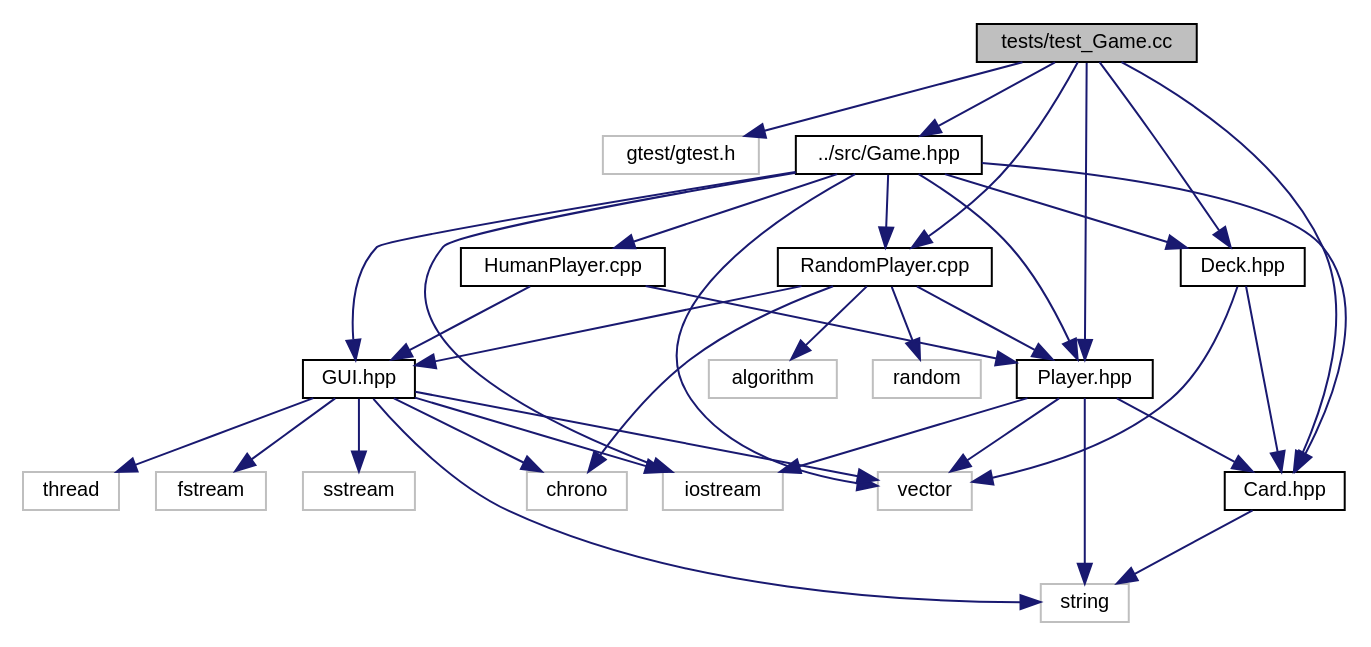
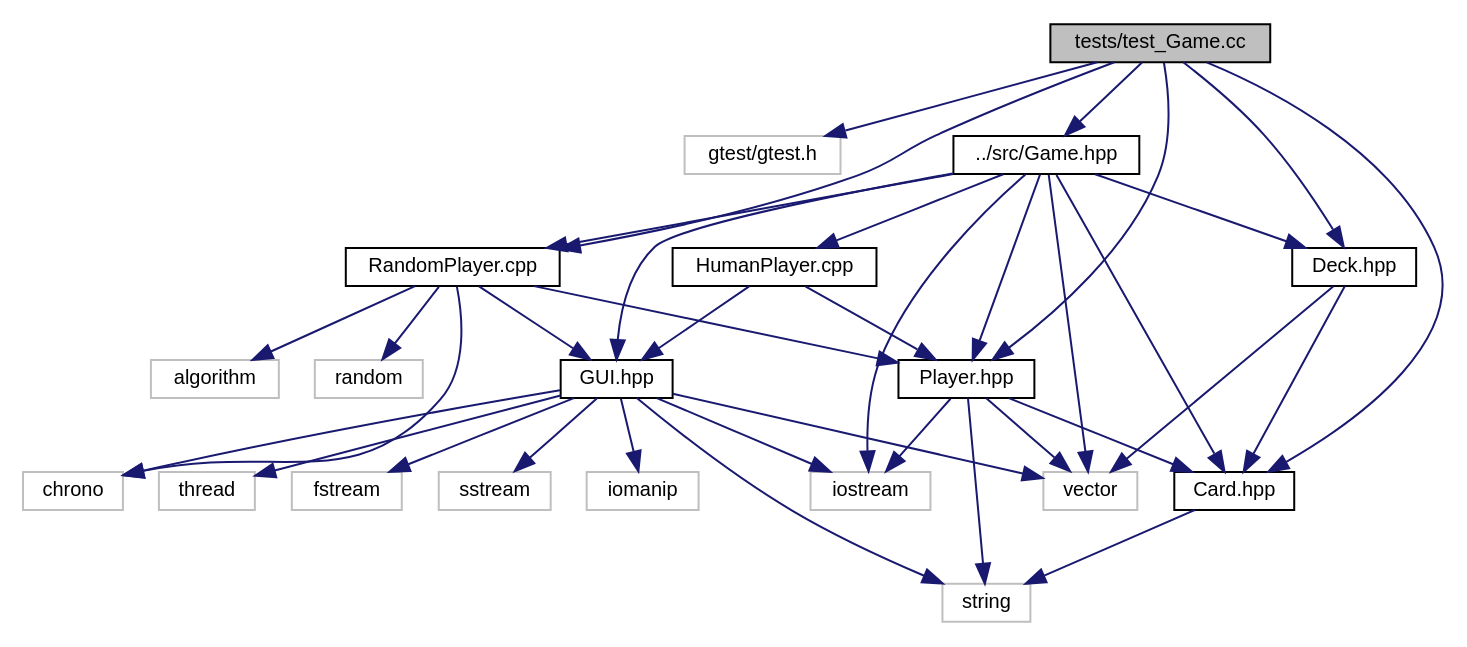
One commit to jesstyrrell/cosc345 changed the diagram in test___game_8cc__incl.dot. Above: the diagram before and after it, drawn with Graphviz. The commit also changed 221 other files, not shown here.

```diff
--- a/test___game_8cc__incl.dot
+++ b/test___game_8cc__incl.dot
@@ -1,60 +1,62 @@
 digraph "tests/test_Game.cc"
 {
  // INTERACTIVE_SVG=YES
  // LATEX_PDF_SIZE
   edge [fontname="Helvetica",fontsize="10",labelfontname="Helvetica",labelfontsize="10"];
   node [fontname="Helvetica",fontsize="10",shape=record];
   Node1 [label="tests/test_Game.cc",height=0.2,width=0.4,color="black", fillcolor="grey75", style="filled", fontcolor="black",tooltip=" "];
   Node1 -> Node2 [color="midnightblue",fontsize="10",style="solid",fontname="Helvetica"];
   Node2 [label="gtest/gtest.h",height=0.2,width=0.4,color="grey75", fillcolor="white", style="filled",tooltip=" "];
   Node1 -> Node3 [color="midnightblue",fontsize="10",style="solid",fontname="Helvetica"];
   Node3 [label="../src/Game.hpp",height=0.2,width=0.4,color="black", fillcolor="white", style="filled",URL="$_game_8hpp.html",tooltip=" "];
   Node3 -> Node4 [color="midnightblue",fontsize="10",style="solid",fontname="Helvetica"];
   Node4 [label="iostream",height=0.2,width=0.4,color="grey75", fillcolor="white", style="filled",tooltip=" "];
   Node3 -> Node5 [color="midnightblue",fontsize="10",style="solid",fontname="Helvetica"];
   Node5 [label="vector",height=0.2,width=0.4,color="grey75", fillcolor="white", style="filled",tooltip=" "];
   Node3 -> Node6 [color="midnightblue",fontsize="10",style="solid",fontname="Helvetica"];
   Node6 [label="Player.hpp",height=0.2,width=0.4,color="black", fillcolor="white", style="filled",URL="$_player_8hpp.html",tooltip=" "];
   Node6 -> Node4 [color="midnightblue",fontsize="10",style="solid",fontname="Helvetica"];
   Node6 -> Node5 [color="midnightblue",fontsize="10",style="solid",fontname="Helvetica"];
   Node6 -> Node7 [color="midnightblue",fontsize="10",style="solid",fontname="Helvetica"];
   Node7 [label="string",height=0.2,width=0.4,color="grey75", fillcolor="white", style="filled",tooltip=" "];
   Node6 -> Node8 [color="midnightblue",fontsize="10",style="solid",fontname="Helvetica"];
   Node8 [label="Card.hpp",height=0.2,width=0.4,color="black", fillcolor="white", style="filled",URL="$_card_8hpp.html",tooltip=" "];
   Node8 -> Node7 [color="midnightblue",fontsize="10",style="solid",fontname="Helvetica"];
   Node3 -> Node9 [color="midnightblue",fontsize="10",style="solid",fontname="Helvetica"];
   Node9 [label="RandomPlayer.cpp",height=0.2,width=0.4,color="black", fillcolor="white", style="filled",URL="$_random_player_8cpp.html",tooltip=" "];
   Node9 -> Node6 [color="midnightblue",fontsize="10",style="solid",fontname="Helvetica"];
   Node9 -> Node10 [color="midnightblue",fontsize="10",style="solid",fontname="Helvetica"];
   Node10 [label="GUI.hpp",height=0.2,width=0.4,color="black", fillcolor="white", style="filled",URL="$_g_u_i_8hpp.html",tooltip=" "];
   Node10 -> Node4 [color="midnightblue",fontsize="10",style="solid",fontname="Helvetica"];
   Node10 -> Node7 [color="midnightblue",fontsize="10",style="solid",fontname="Helvetica"];
   Node10 -> Node5 [color="midnightblue",fontsize="10",style="solid",fontname="Helvetica"];
   Node10 -> Node11 [color="midnightblue",fontsize="10",style="solid",fontname="Helvetica"];
   Node11 [label="thread",height=0.2,width=0.4,color="grey75", fillcolor="white", style="filled",tooltip=" "];
   Node10 -> Node12 [color="midnightblue",fontsize="10",style="solid",fontname="Helvetica"];
   Node12 [label="fstream",height=0.2,width=0.4,color="grey75", fillcolor="white", style="filled",tooltip=" "];
   Node10 -> Node13 [color="midnightblue",fontsize="10",style="solid",fontname="Helvetica"];
   Node13 [label="sstream",height=0.2,width=0.4,color="grey75", fillcolor="white", style="filled",tooltip=" "];
   Node10 -> Node14 [color="midnightblue",fontsize="10",style="solid",fontname="Helvetica"];
   Node14 [label="chrono",height=0.2,width=0.4,color="grey75", fillcolor="white", style="filled",tooltip=" "];
-  Node9 -> Node15 [color="midnightblue",fontsize="10",style="solid",fontname="Helvetica"];
-  Node15 [label="random",height=0.2,width=0.4,color="grey75", fillcolor="white", style="filled",tooltip=" "];
+  Node10 -> Node15 [color="midnightblue",fontsize="10",style="solid",fontname="Helvetica"];
+  Node15 [label="iomanip",height=0.2,width=0.4,color="grey75", fillcolor="white", style="filled",tooltip=" "];
+  Node9 -> Node16 [color="midnightblue",fontsize="10",style="solid",fontname="Helvetica"];
+  Node16 [label="random",height=0.2,width=0.4,color="grey75", fillcolor="white", style="filled",tooltip=" "];
   Node9 -> Node14 [color="midnightblue",fontsize="10",style="solid",fontname="Helvetica"];
-  Node9 -> Node16 [color="midnightblue",fontsize="10",style="solid",fontname="Helvetica"];
-  Node16 [label="algorithm",height=0.2,width=0.4,color="grey75", fillcolor="white", style="filled",tooltip=" "];
-  Node3 -> Node17 [color="midnightblue",fontsize="10",style="solid",fontname="Helvetica"];
-  Node17 [label="HumanPlayer.cpp",height=0.2,width=0.4,color="black", fillcolor="white", style="filled",URL="$_human_player_8cpp.html",tooltip=" "];
-  Node17 -> Node6 [color="midnightblue",fontsize="10",style="solid",fontname="Helvetica"];
-  Node17 -> Node10 [color="midnightblue",fontsize="10",style="solid",fontname="Helvetica"];
+  Node9 -> Node17 [color="midnightblue",fontsize="10",style="solid",fontname="Helvetica"];
+  Node17 [label="algorithm",height=0.2,width=0.4,color="grey75", fillcolor="white", style="filled",tooltip=" "];
   Node3 -> Node18 [color="midnightblue",fontsize="10",style="solid",fontname="Helvetica"];
-  Node18 [label="Deck.hpp",height=0.2,width=0.4,color="black", fillcolor="white", style="filled",URL="$_deck_8hpp.html",tooltip=" "];
-  Node18 -> Node5 [color="midnightblue",fontsize="10",style="solid",fontname="Helvetica"];
-  Node18 -> Node8 [color="midnightblue",fontsize="10",style="solid",fontname="Helvetica"];
+  Node18 [label="HumanPlayer.cpp",height=0.2,width=0.4,color="black", fillcolor="white", style="filled",URL="$_human_player_8cpp.html",tooltip=" "];
+  Node18 -> Node6 [color="midnightblue",fontsize="10",style="solid",fontname="Helvetica"];
+  Node18 -> Node10 [color="midnightblue",fontsize="10",style="solid",fontname="Helvetica"];
+  Node3 -> Node19 [color="midnightblue",fontsize="10",style="solid",fontname="Helvetica"];
+  Node19 [label="Deck.hpp",height=0.2,width=0.4,color="black", fillcolor="white", style="filled",URL="$_deck_8hpp.html",tooltip=" "];
+  Node19 -> Node5 [color="midnightblue",fontsize="10",style="solid",fontname="Helvetica"];
+  Node19 -> Node8 [color="midnightblue",fontsize="10",style="solid",fontname="Helvetica"];
   Node3 -> Node8 [color="midnightblue",fontsize="10",style="solid",fontname="Helvetica"];
   Node3 -> Node10 [color="midnightblue",fontsize="10",style="solid",fontname="Helvetica"];
   Node1 -> Node6 [color="midnightblue",fontsize="10",style="solid",fontname="Helvetica"];
   Node1 -> Node9 [color="midnightblue",fontsize="10",style="solid",fontname="Helvetica"];
-  Node1 -> Node18 [color="midnightblue",fontsize="10",style="solid",fontname="Helvetica"];
+  Node1 -> Node19 [color="midnightblue",fontsize="10",style="solid",fontname="Helvetica"];
   Node1 -> Node8 [color="midnightblue",fontsize="10",style="solid",fontname="Helvetica"];
 }
```
